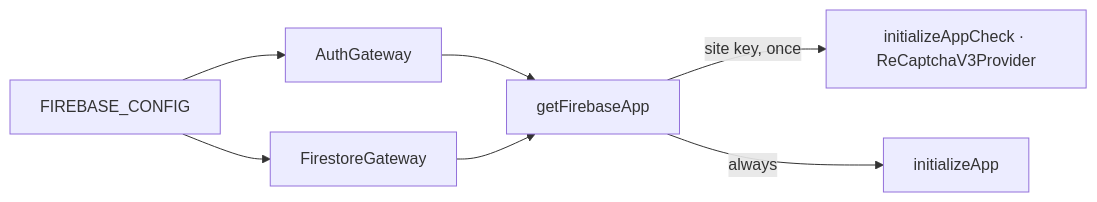
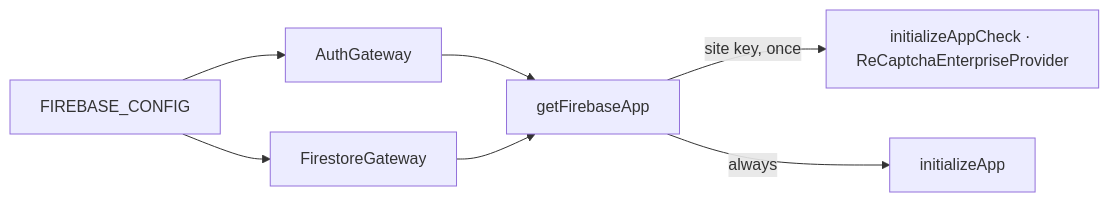
Before and after one commit to RaviAkhouri30/PlanningPoker: the diagram in docs/aidlc/0011-app-check/02-design.md, drawn with Mermaid. The commit also changed other lines of this file and 17 other files, not shown here.

First line of the commit message:
fix(backend): use reCAPTCHA Enterprise for App Check and pass the key through CI (v1.10.1)

````diff
--- a/docs/aidlc/0011-app-check/02-design.md
+++ b/docs/aidlc/0011-app-check/02-design.md
@@ -12,10 +12,10 @@
 ```mermaid
 flowchart LR
   FC[FIREBASE_CONFIG] --> AG[AuthGateway]
   FC --> FG[FirestoreGateway]
   AG --> GFA[getFirebaseApp]
   FG --> GFA
-  GFA -->|site key, once| AC[initializeAppCheck · ReCaptchaV3Provider]
+  GFA -->|site key, once| AC[initializeAppCheck · ReCaptchaEnterpriseProvider]
   GFA -->|always| IA[initializeApp]
 
 ```
````
